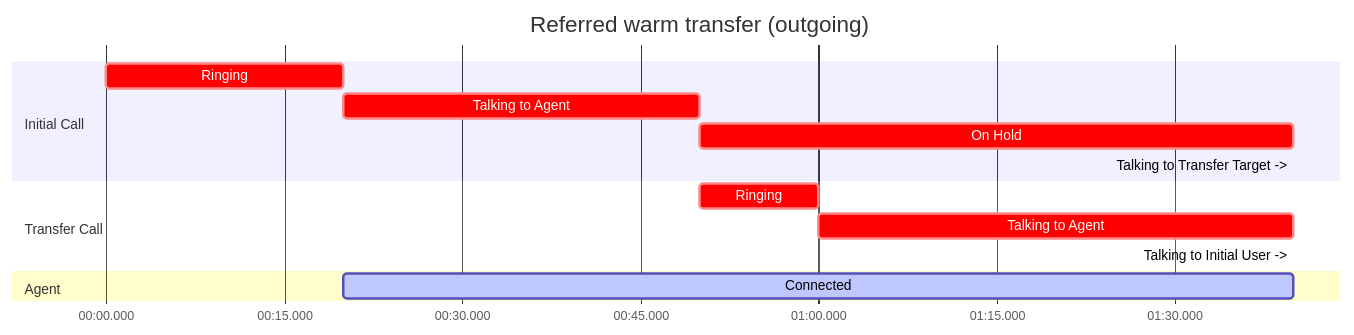
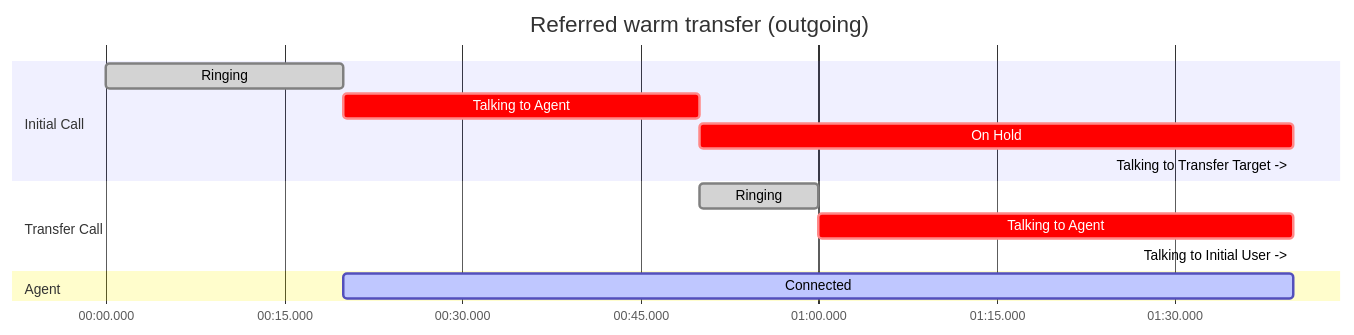
The fifth of 7 diagrams in telephony/sip.mdx (fixie-ai/ultradox), drawn with Mermaid before and after one commit. The commit also changed other lines of this file, not shown here.

First line of the commit message:
Don't bill SIP minutes for ringing time (#155)

````diff
--- a/telephony/sip.mdx
+++ b/telephony/sip.mdx
@@ -257,20 +258,20 @@
 ```mermaid
 gantt
     title Referred warm transfer (outgoing)
     dateFormat x
     axisFormat %M:%S.%L
 
     section Initial Call
-    Ringing                       :crit, 0, 20000ms
+    Ringing                       :done, 0, 20000ms
     Talking to Agent              :crit, 30000ms
     On Hold                       :crit, 50000ms
     Talking to Transfer Target -> :crit, 0ms
 
     section Transfer Call
-    Ringing                    :crit, 50000, 10000ms
+    Ringing                    :done, 50000, 10000ms
     Talking to Agent           :crit, 40000ms
     Talking to Initial User -> :crit, 0ms
 
     section Agent
     Connected                  :active, 20000, 80000ms
 ```
````
